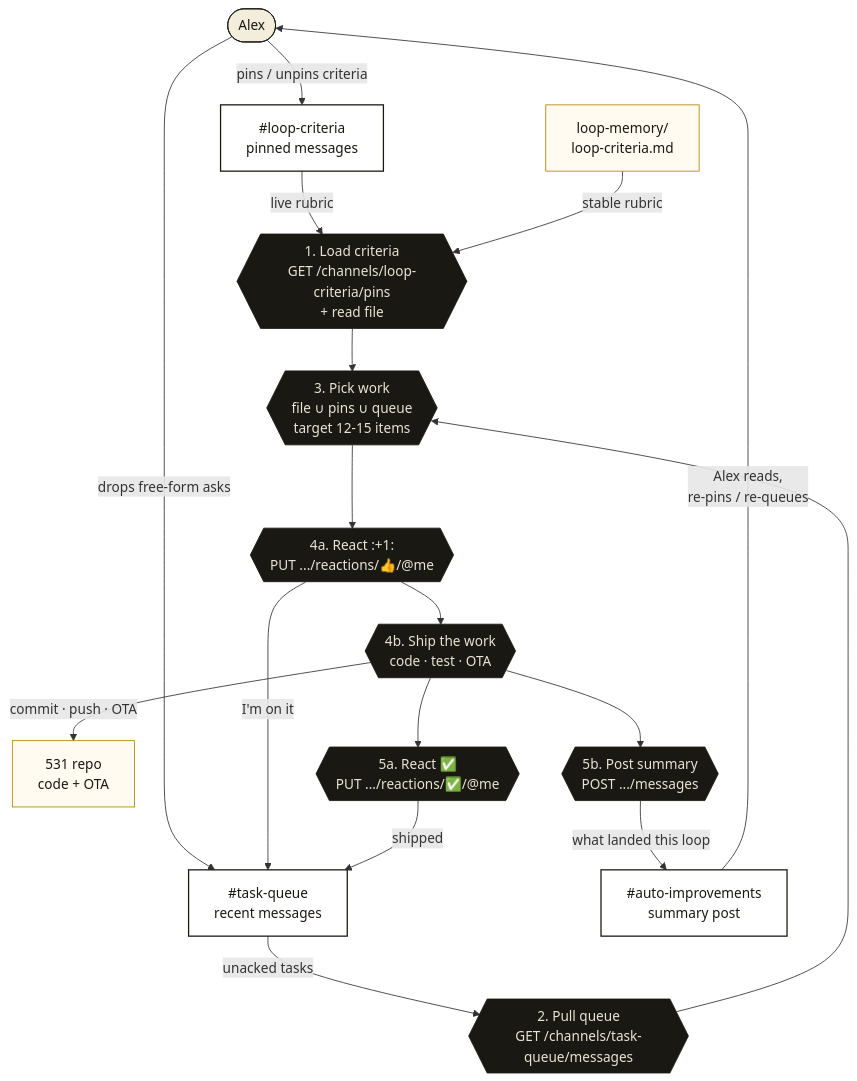
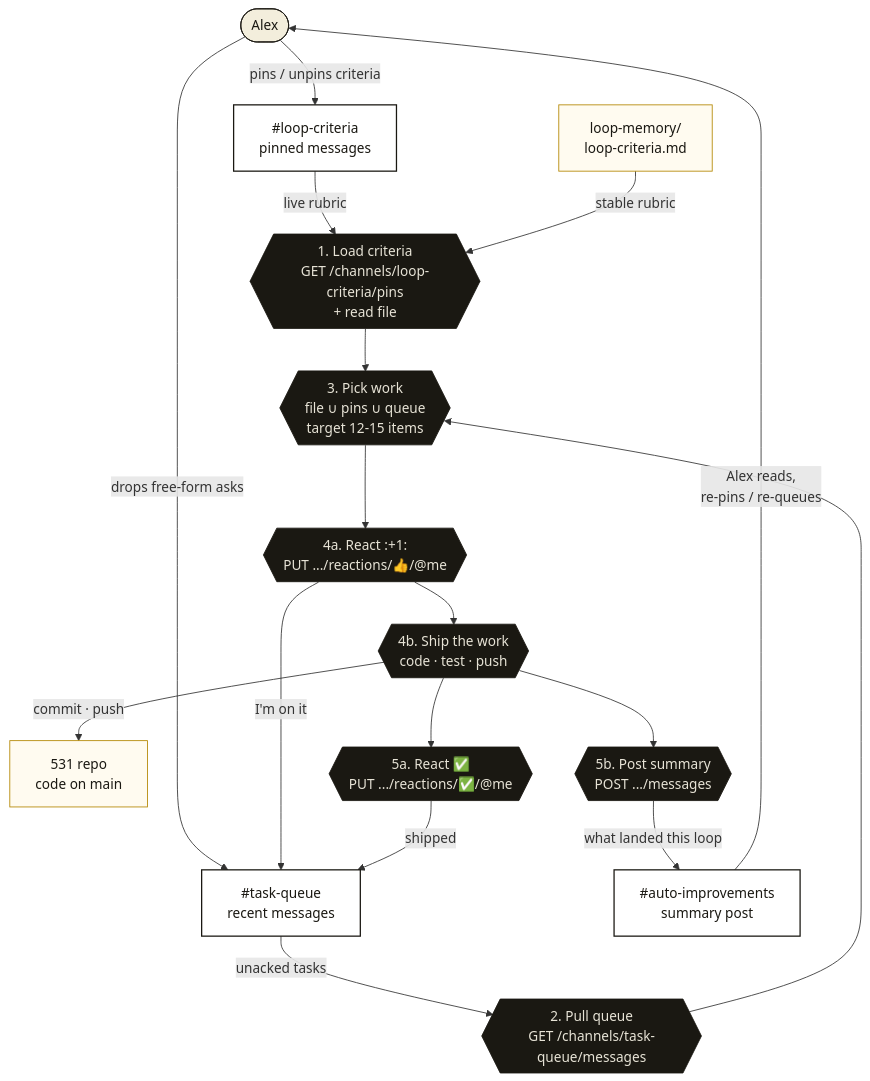
One commit to alexcheuk/proof-531 changed the diagram in docs/discord-loop-cycle.md. Above: the diagram before and after it, drawn with Mermaid. The commit also changed other lines of this file and 7 other files, not shown here.

````diff
--- a/docs/discord-loop-cycle.md
+++ b/docs/discord-loop-cycle.md
@@ -17,46 +17,46 @@
 ```mermaid
 flowchart TD
     classDef human fill:#f3eedc,stroke:#1a1812,stroke-width:1px,color:#1a1812
     classDef bot fill:#1a1812,stroke:#1a1812,color:#e7e3d6
     classDef channel fill:#fff,stroke:#1a1812,stroke-width:1.5px,color:#1a1812
     classDef artifact fill:#fffbf0,stroke:#b38600,stroke-width:1px,color:#1a1812
 
     Alex([Alex]):::human
 
     PinChan[#loop-criteria<br/>pinned messages]:::channel
     QueueChan[#task-queue<br/>recent messages]:::channel
     OutChan[#auto-improvements<br/>summary post]:::channel
 
     CritFile[loop-memory/<br/>loop-criteria.md]:::artifact
-    Repo[531 repo<br/>code + OTA]:::artifact
+    Repo[531 repo<br/>code on main]:::artifact
 
     LoadCrit{{1. Load criteria<br/>GET /channels/loop-criteria/pins<br/>+ read file}}:::bot
     LoadQueue{{2. Pull queue<br/>GET /channels/task-queue/messages}}:::bot
     Pick{{3. Pick work<br/>file ∪ pins ∪ queue<br/>target 12-15 items}}:::bot
     Plus1{{4a. React :+1:<br/>PUT .../reactions/👍/@me}}:::bot
-    Ship{{4b. Ship the work<br/>code · test · OTA}}:::bot
+    Ship{{4b. Ship the work<br/>code · test · push}}:::bot
     Check{{5a. React ✅<br/>PUT .../reactions/✅/@me}}:::bot
     Summary{{5b. Post summary<br/>POST .../messages}}:::bot
 
     Alex -- pins / unpins criteria --> PinChan
     Alex -- "drops free-form asks" --> QueueChan
 
     PinChan -- live rubric --> LoadCrit
     CritFile -- stable rubric --> LoadCrit
     QueueChan -- "unacked tasks" --> LoadQueue
 
     LoadCrit --> Pick
     LoadQueue --> Pick
 
     Pick --> Plus1
     Plus1 -- "I'm on it" --> QueueChan
     Plus1 --> Ship
-    Ship -- "commit · push · OTA" --> Repo
+    Ship -- "commit · push" --> Repo
 
     Ship --> Check
     Check -- "shipped" --> QueueChan
 
     Ship --> Summary
     Summary -- "what landed this loop" --> OutChan
     OutChan -- "Alex reads,<br/>re-pins / re-queues" --> Alex
 ```
````
